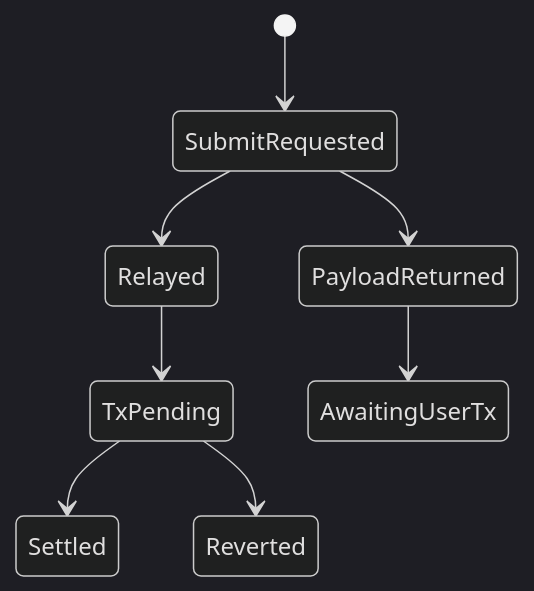
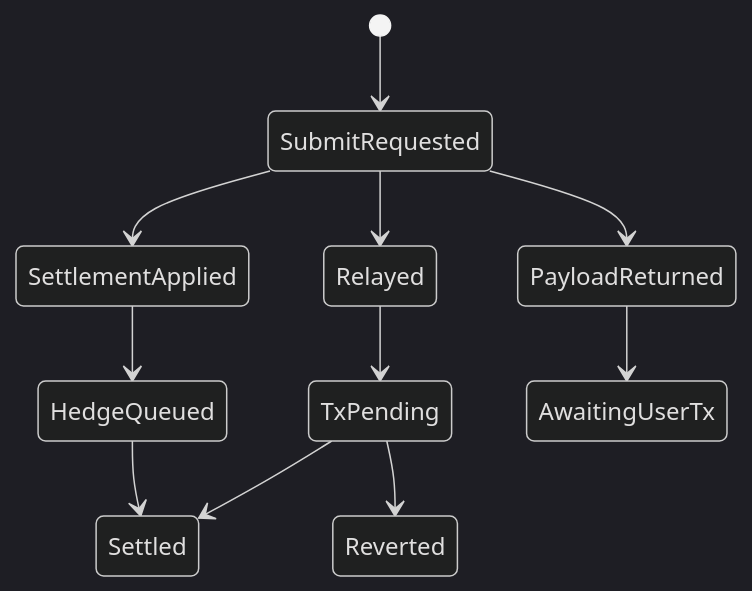
Before and after one commit to alvis-ai/production-grade-web3-rfq-market-maker: the third of 3 diagrams in book/Volume5-BackendEngineering/Chapter06-Execution-Service.md, drawn with Mermaid (dark theme). The commit also changed other lines of this file and 7 other files, not shown here.

Commit message:
feat: close backend submit inventory hedge loop

````diff
--- a/book/Volume5-BackendEngineering/Chapter06-Execution-Service.md
+++ b/book/Volume5-BackendEngineering/Chapter06-Execution-Service.md
@@ -88,10 +97,13 @@
 ```mermaid
 stateDiagram-v2
   [*] --> SubmitRequested
+  SubmitRequested --> SettlementApplied
+  SettlementApplied --> HedgeQueued
+  HedgeQueued --> Settled
   SubmitRequested --> PayloadReturned
   SubmitRequested --> Relayed
   Relayed --> TxPending
   TxPending --> Settled
   TxPending --> Reverted
   PayloadReturned --> AwaitingUserTx
 ```
````
